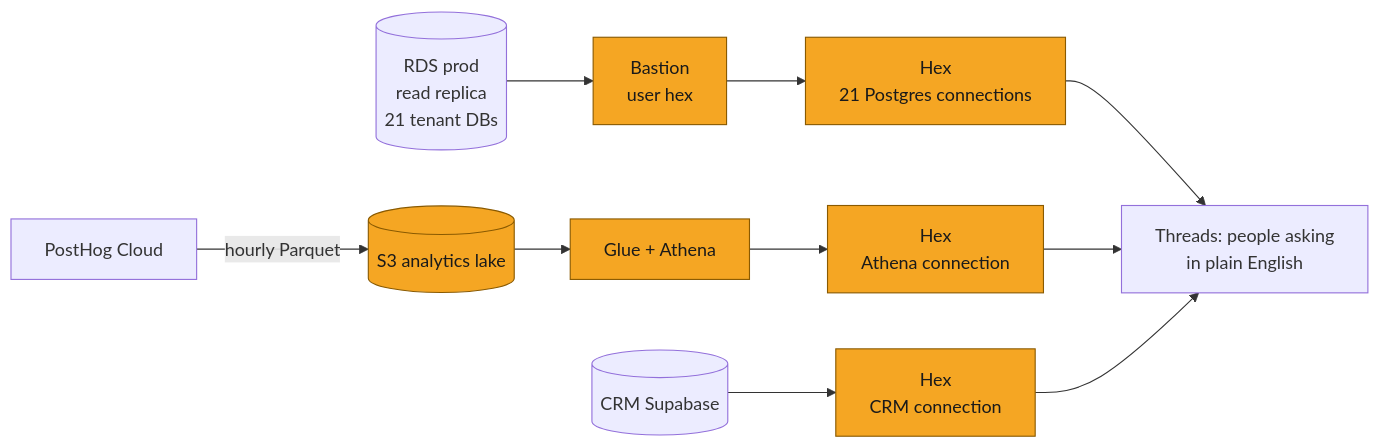
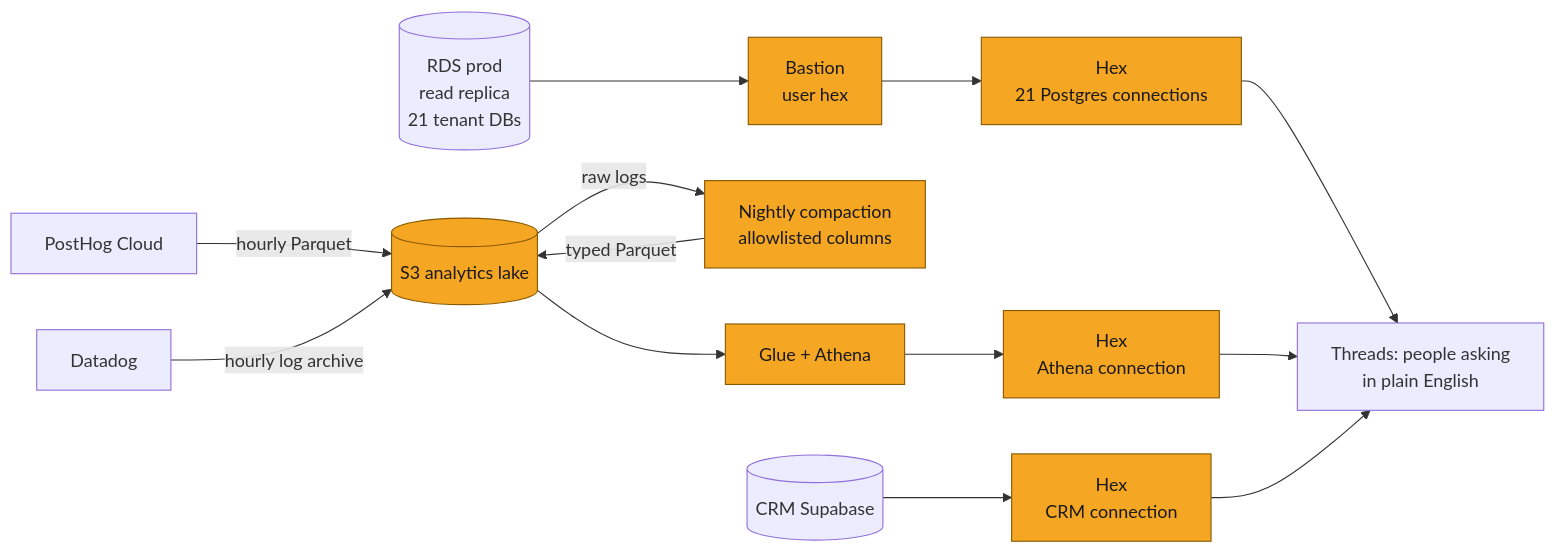
Before and after one commit to Solstice-Health/engineering-specs: the first of 5 diagrams in plans/SOL-XXXX-analytics-lake-hex.md, drawn with Mermaid. The commit also changed other lines of this file, not shown here.

First line of the commit message:
Plan: Datadog backend logs join the lake (phase 6)

````diff
--- a/plans/SOL-XXXX-analytics-lake-hex.md
+++ b/plans/SOL-XXXX-analytics-lake-hex.md
@@ -45,13 +46,16 @@
 ```mermaid
 flowchart LR
     classDef delta fill:#F5A623,stroke:#8A5A00,color:#1A1A1A
     RDS[("RDS prod\nread replica\n21 tenant DBs")] --> B["Bastion\nuser hex"]:::delta
     B --> HX["Hex\n21 Postgres connections"]:::delta
     PH["PostHog Cloud"] -->|hourly Parquet| S3[("S3 analytics lake")]:::delta
+    DD["Datadog"] -->|hourly log archive| S3
+    S3 -->|raw logs| LC["Nightly compaction\nallowlisted columns"]:::delta
+    LC -->|typed Parquet| S3
     S3 --> AT["Glue + Athena"]:::delta
     AT --> HX2["Hex\nAthena connection"]:::delta
     CRM[("CRM Supabase")] --> HX3["Hex\nCRM connection"]:::delta
     HX --> T["Threads: people asking\nin plain English"]
     HX2 --> T
     HX3 --> T
 ```
````
